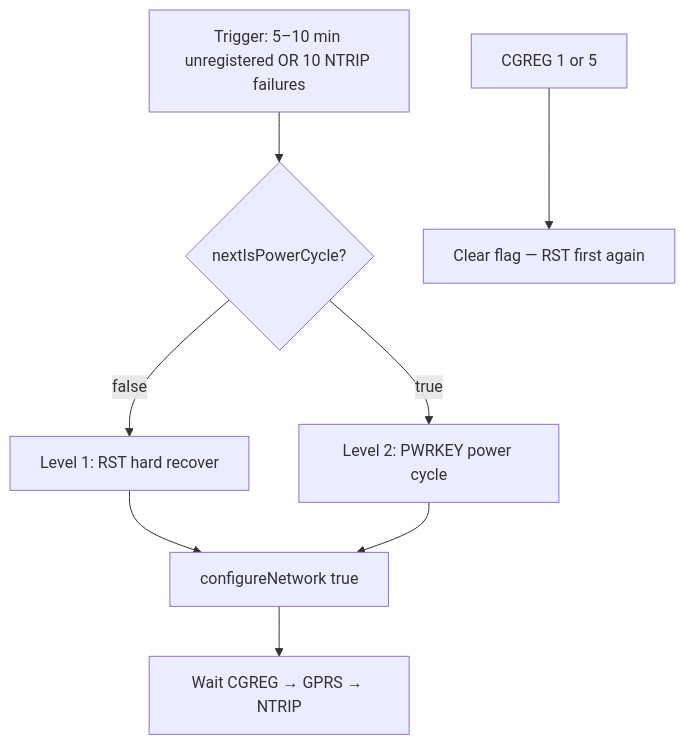
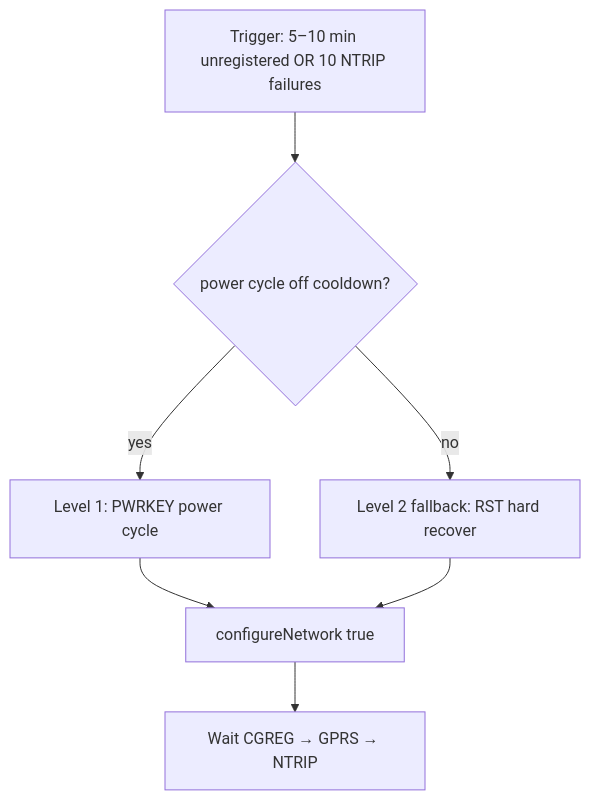
One commit to missioncreep11/rtk-wave-buoy changed the diagram in documentation/failure-paths.md. Above: the diagram before and after it, drawn with Mermaid. The commit also changed other lines of this file and 5 other files, not shown here.

````diff
--- a/documentation/failure-paths.md
+++ b/documentation/failure-paths.md
@@ -39,10 +39,9 @@
 ```mermaid
 flowchart TD
-  T[Trigger: 5–10 min unregistered OR 10 NTRIP failures] --> F{nextIsPowerCycle?}
-  F -->|false| R[Level 1: RST hard recover]
-  F -->|true| P[Level 2: PWRKEY power cycle]
-  R --> Cfg[configureNetwork true]
-  P --> Cfg
+  T[Trigger: 5–10 min unregistered OR 10 NTRIP failures] --> C{power cycle off cooldown?}
+  C -->|yes| P[Level 1: PWRKEY power cycle]
+  C -->|no| R[Level 2 fallback: RST hard recover]
+  P --> Cfg[configureNetwork true]
+  R --> Cfg
   Cfg --> Wait[Wait CGREG → GPRS → NTRIP]
-  Reg[CGREG 1 or 5] --> Reset[Clear flag — RST first again]
 ```
````
